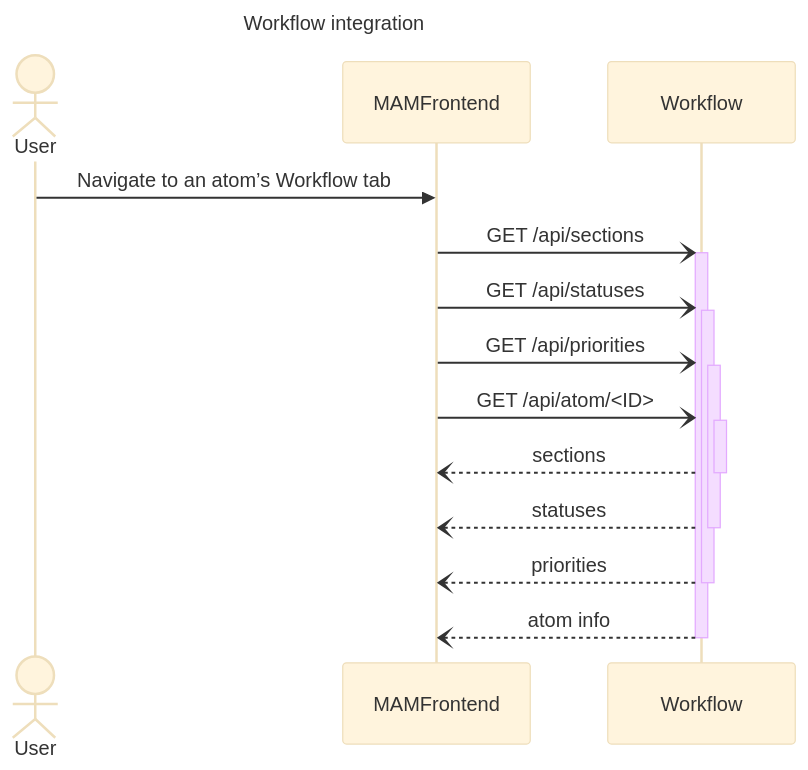
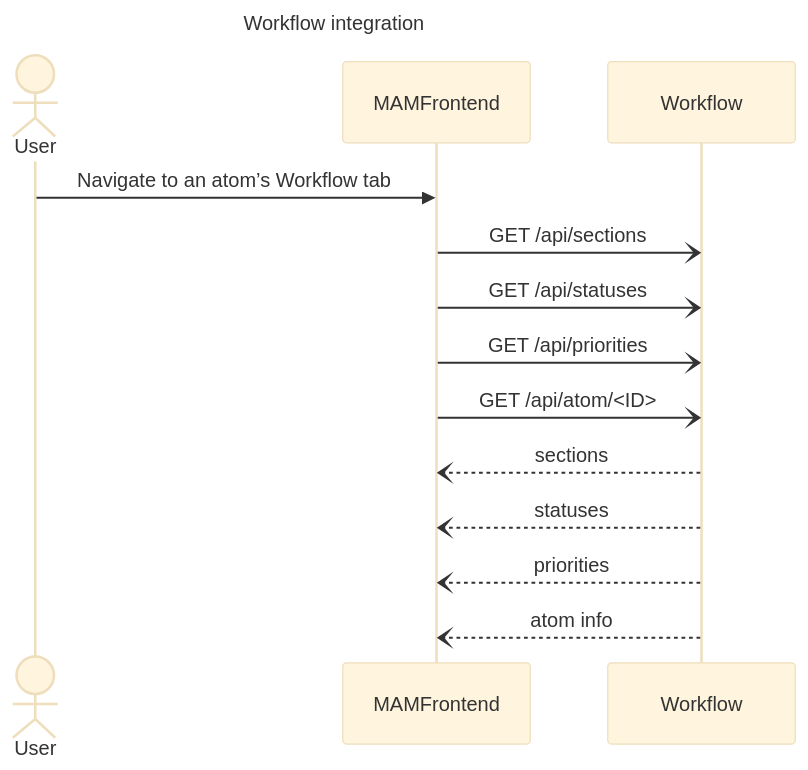
Before and after one commit to guardian/media-atom-maker: the second of 2 diagrams in docs/10-architecture.md, drawn with Mermaid (base theme).

Commit message:
Remove activations

````diff
--- a/docs/10-architecture.md
+++ b/docs/10-architecture.md
@@ -145,17 +145,17 @@
 ```mermaid
 ---
 title: Workflow integration
 ---
 sequenceDiagram
   actor User
   participant MAMFrontend
   User ->> MAMFrontend: Navigate to an atom’s Workflow tab
-  MAMFrontend -)+ Workflow: GET /api/sections
-  MAMFrontend -)+ Workflow: GET /api/statuses
-  MAMFrontend -)+ Workflow: GET /api/priorities
-  MAMFrontend -)+ Workflow: GET /api/atom/<ID>
-  Workflow --)- MAMFrontend: sections
-  Workflow --)- MAMFrontend: statuses
-  Workflow --)- MAMFrontend: priorities
-  Workflow --)- MAMFrontend: atom info
+  MAMFrontend -) Workflow: GET /api/sections
+  MAMFrontend -) Workflow: GET /api/statuses
+  MAMFrontend -) Workflow: GET /api/priorities
+  MAMFrontend -) Workflow: GET /api/atom/<ID>
+  Workflow --) MAMFrontend: sections
+  Workflow --) MAMFrontend: statuses
+  Workflow --) MAMFrontend: priorities
+  Workflow --) MAMFrontend: atom info
 ```
````
